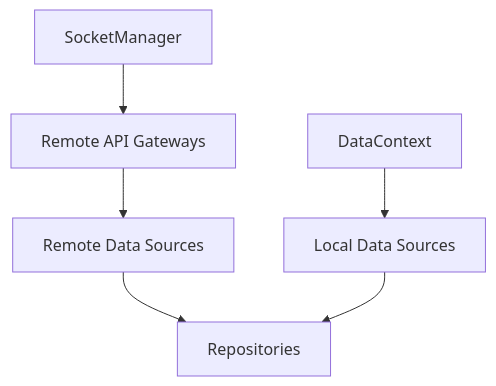
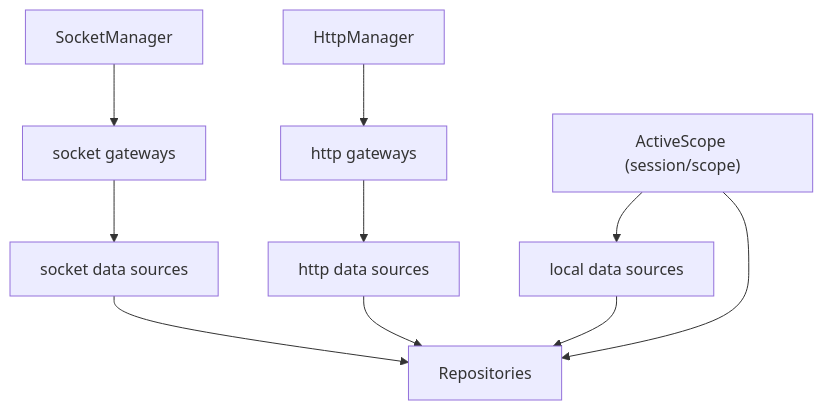
The diagram in libs/app-runtime/docs/data/README.md (lemoncloud-io/dou-app), drawn with Mermaid before and after one commit. The commit also changed other lines of this file and 972 other files, not shown here.

````diff
--- a/libs/app-runtime/docs/data/README.md
+++ b/libs/app-runtime/docs/data/README.md
@@ -11,8 +11,12 @@
 ```mermaid
 flowchart TD
-  SocketManager["SocketManager"] --> Gateways["Remote API Gateways"]
-  Gateways --> Remote["Remote Data Sources"]
-  Context["DataContext"] --> Local["Local Data Sources"]
-  Remote --> Repo["Repositories"]
+  SocketManager["SocketManager"] --> Gateways["socket gateways"]
+  Gateways --> Remote["socket data sources"]
+  HttpManager["HttpManager"] --> HttpGw["http gateways"]
+  HttpGw --> Http["http data sources"]
+  Scope["ActiveScope (session/scope)"] --> Local["local data sources"]
+  Scope --> Repo["Repositories"]
+  Remote --> Repo
+  Http --> Repo
   Local --> Repo
 ```
````
